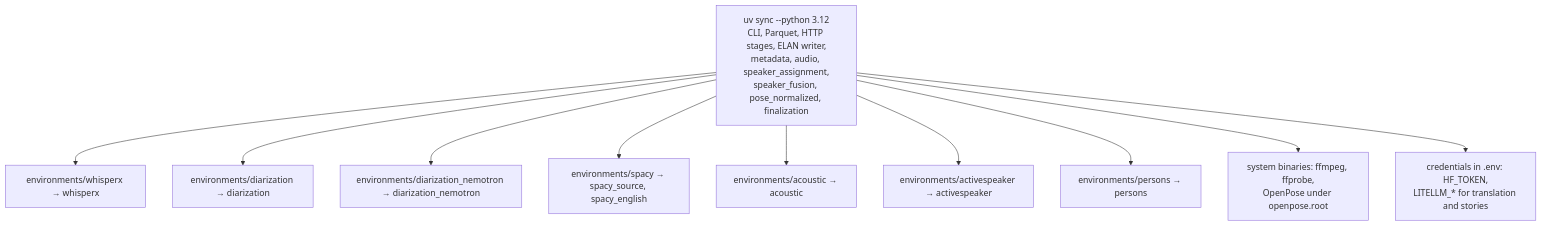
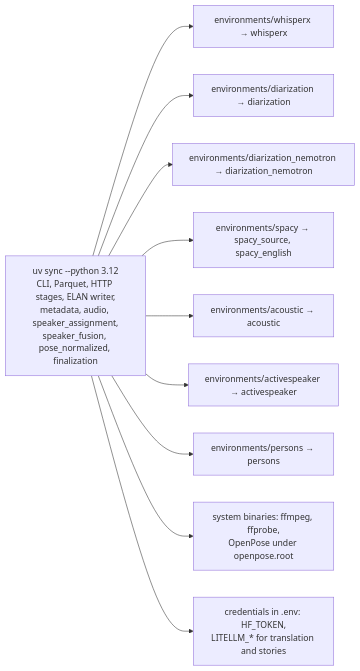
One commit to RaulKite/storytell-pipeline changed the diagram in docs/getting-started.md. Above: the diagram before and after it, drawn with Mermaid. The commit also changed other lines of this file and 4 other files, not shown here.

First line of the commit message:
docs: correct walkthrough scoping, diarizer joins and diagram edges after review

````diff
--- a/docs/getting-started.md
+++ b/docs/getting-started.md
@@ -92,13 +102,13 @@
 ```mermaid
-flowchart TD
+flowchart LR
     root["uv sync --python 3.12<br/>CLI, Parquet, HTTP stages, ELAN writer,<br/>metadata, audio, speaker_assignment,<br/>speaker_fusion, pose_normalized, finalization"]
     root --> e1["environments/whisperx → whisperx"]
     root --> e2["environments/diarization → diarization"]
     root --> e3["environments/diarization_nemotron → diarization_nemotron"]
     root --> e4["environments/spacy → spacy_source, spacy_english"]
     root --> e5["environments/acoustic → acoustic"]
     root --> e6["environments/activespeaker → activespeaker"]
     root --> e7["environments/persons → persons"]
     root --> bin["system binaries: ffmpeg, ffprobe,<br/>OpenPose under openpose.root"]
     root --> cred["credentials in .env: HF_TOKEN,<br/>LITELLM_* for translation and stories"]
 ```
````
